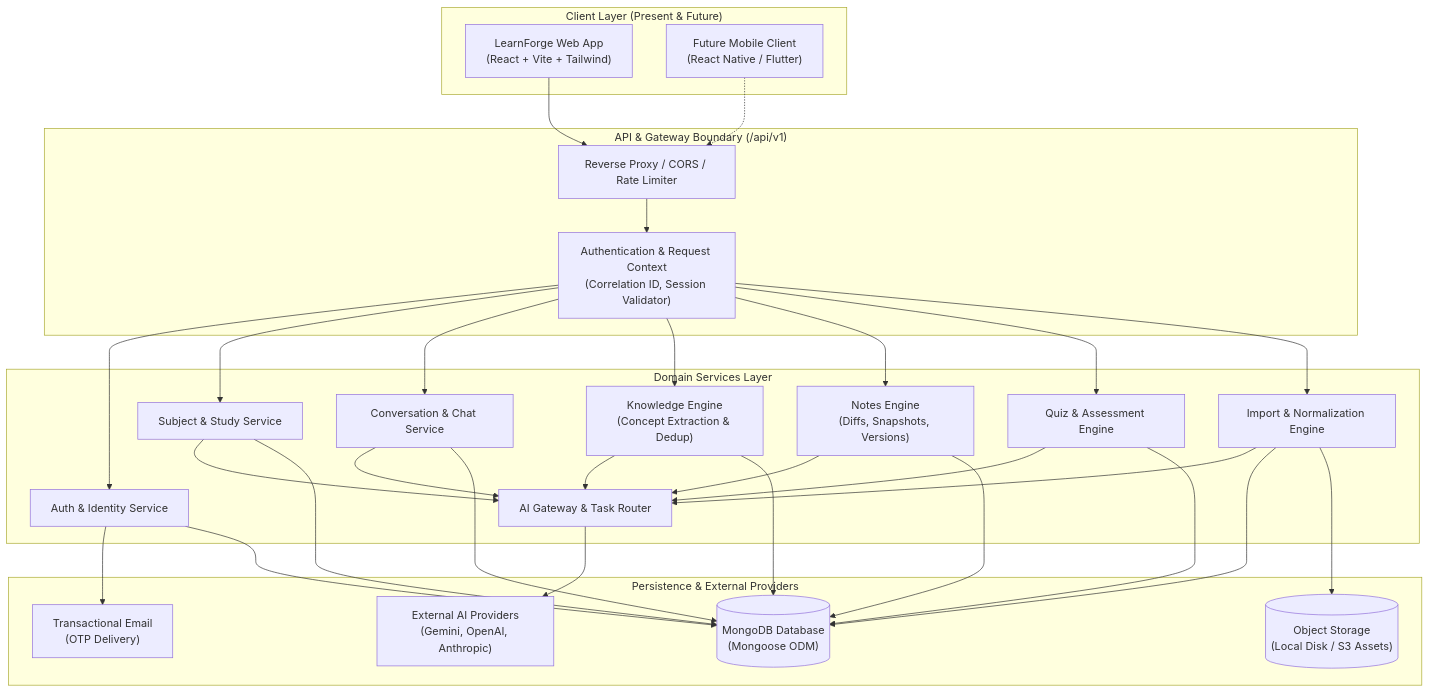
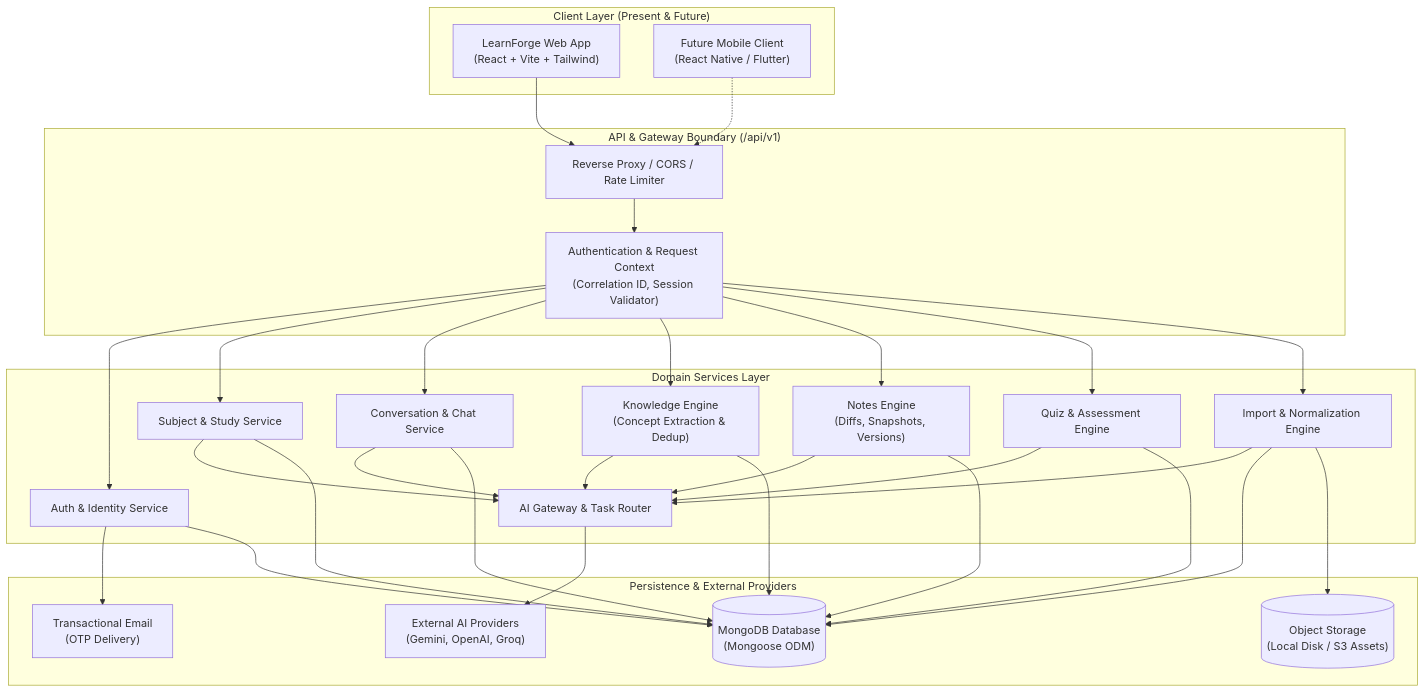
Before and after one commit to Shashank028R/LearnForge: the first of 4 diagrams in docs/architecture/SYSTEM_DIAGRAMS.md, drawn with Mermaid. The commit also changed 12 other files, not shown here.

````diff
--- a/docs/architecture/SYSTEM_DIAGRAMS.md
+++ b/docs/architecture/SYSTEM_DIAGRAMS.md
@@ -9,60 +9,60 @@
 ```mermaid
 graph TB
     subgraph ClientLayer ["Client Layer (Present & Future)"]
         WebClient["LearnForge Web App<br/>(React + Vite + Tailwind)"]
         MobileClient["Future Mobile Client<br/>(React Native / Flutter)"]
     end
 
     subgraph APILayer ["API & Gateway Boundary (/api/v1)"]
         ReverseProxy["Reverse Proxy / CORS / Rate Limiter"]
         AuthMiddleware["Authentication & Request Context<br/>(Correlation ID, Session Validator)"]
     end
 
     subgraph ServiceLayer ["Domain Services Layer"]
         AuthService["Auth & Identity Service"]
         StudyService["Subject & Study Service"]
         ChatService["Conversation & Chat Service"]
         KnowledgeEngine["Knowledge Engine<br/>(Concept Extraction & Dedup)"]
         NotesEngine["Notes Engine<br/>(Diffs, Snapshots, Versions)"]
         QuizEngine["Quiz & Assessment Engine"]
         ImportEngine["Import & Normalization Engine"]
         AIGateway["AI Gateway & Task Router"]
     end
 
     subgraph PersistenceLayer ["Persistence & External Providers"]
         MongoDB[("MongoDB Database<br/>(Mongoose ODM)")]
         ObjectStorage[("Object Storage<br/>(Local Disk / S3 Assets)")]
-        AIProviders["External AI Providers<br/>(Gemini, OpenAI, Anthropic)"]
+        AIProviders["External AI Providers<br/>(Gemini, OpenAI, Groq)"]
         EmailProvider["Transactional Email<br/>(OTP Delivery)"]
     end
 
     WebClient --> ReverseProxy
     MobileClient -.-> ReverseProxy
     ReverseProxy --> AuthMiddleware
     AuthMiddleware --> AuthService
     AuthMiddleware --> StudyService
     AuthMiddleware --> ChatService
     AuthMiddleware --> KnowledgeEngine
     AuthMiddleware --> NotesEngine
     AuthMiddleware --> QuizEngine
     AuthMiddleware --> ImportEngine
 
     ChatService --> AIGateway
     StudyService --> AIGateway
     KnowledgeEngine --> AIGateway
     NotesEngine --> AIGateway
     QuizEngine --> AIGateway
     ImportEngine --> AIGateway
 
     AIGateway --> AIProviders
     AuthService --> EmailProvider
 
     AuthService --> MongoDB
     StudyService --> MongoDB
     ChatService --> MongoDB
     KnowledgeEngine --> MongoDB
     NotesEngine --> MongoDB
     QuizEngine --> MongoDB
     ImportEngine --> MongoDB
     ImportEngine --> ObjectStorage
 ```
````
